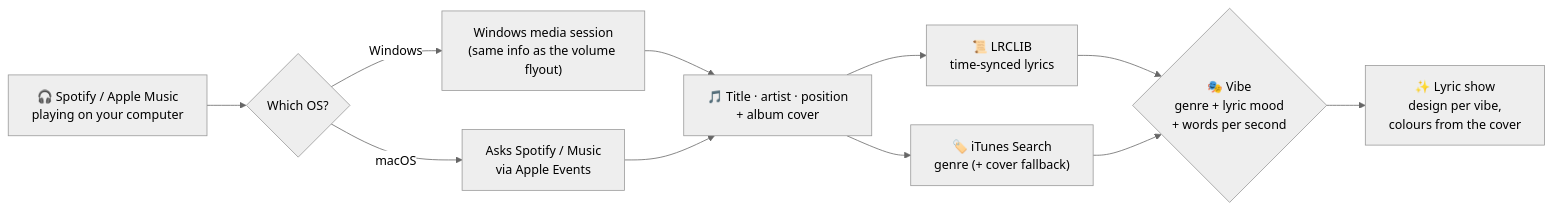
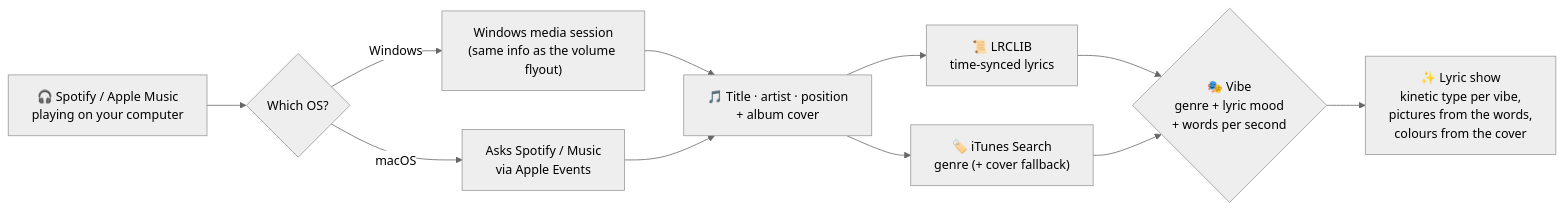
Before and after one commit to janakrathi/IdleVerse: the diagram in README.md, drawn with Mermaid (neutral theme). The commit also changed other lines of this file and 17 other files, not shown here.

First line of the commit message:
IdleVerse 1.3: motion-graphics lyrics with matching pictures

````diff
--- a/README.md
+++ b/README.md
@@ -214,13 +229,13 @@
 ```mermaid
 flowchart LR
     A["🎧 Spotify / Apple Music<br/>playing on your computer"] --> B{"Which OS?"}
     B -- Windows --> C["Windows media session<br/>(same info as the volume flyout)"]
     B -- macOS --> D["Asks Spotify / Music<br/>via Apple Events"]
     C --> E["🎵 Title · artist · position<br/>+ album cover"]
     D --> E
     E --> F["📜 LRCLIB<br/>time-synced lyrics"]
     E --> H["🏷️ iTunes Search<br/>genre (+ cover fallback)"]
     F --> V{"🎭 Vibe<br/>genre + lyric mood<br/>+ words per second"}
     H --> V
-    V --> G["✨ Lyric show<br/>design per vibe,<br/>colours from the cover"]
+    V --> G["✨ Lyric show<br/>kinetic type per vibe,<br/>pictures from the words,<br/>colours from the cover"]
 ```
````
